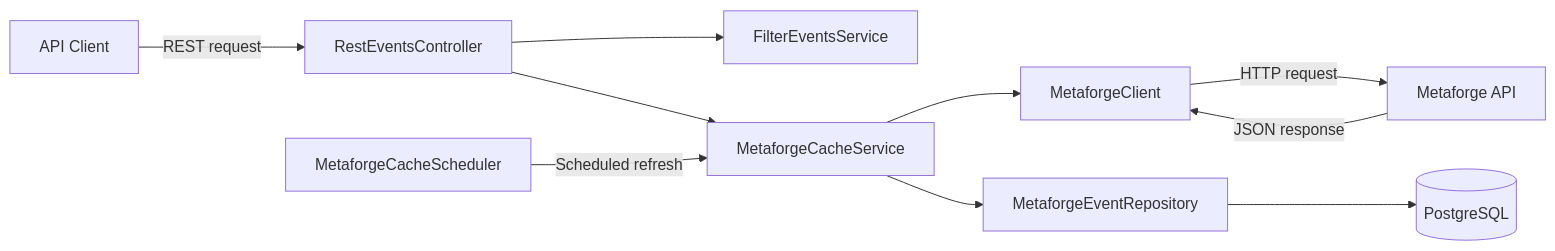
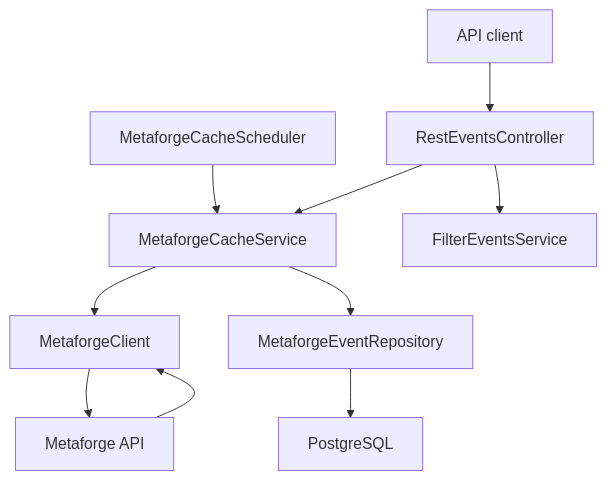
Before and after one commit to grasmueckoliver/arc-raiders-event-tracker: the diagram in README.md, drawn with Mermaid. The commit also changed other lines of this file, not shown here.

Commit message:
- trying another architecture display

````diff
--- a/README.md
+++ b/README.md
@@ -42,24 +42,12 @@
 ```mermaid
-flowchart LR
-    USER["API Client"]
-    CONTROLLER["RestEventsController"]
-    FILTER["FilterEventsService"]
-    SCHEDULER["MetaforgeCacheScheduler"]
-    CACHE["MetaforgeCacheService"]
-    CLIENT["MetaforgeClient"]
-    API["Metaforge API"]
-    REPOSITORY["MetaforgeEventRepository"]
-    DB[("PostgreSQL")]
-
-    USER -->|"REST request"| CONTROLLER
-    CONTROLLER --> CACHE
-    CONTROLLER --> FILTER
-
-    SCHEDULER -->|"Scheduled refresh"| CACHE
-    CACHE --> CLIENT
-    CLIENT -->|"HTTP request"| API
-    API -->|"JSON response"| CLIENT
-
-    CACHE --> REPOSITORY
-    REPOSITORY --> DB
+graph TD
+    Scheduler["MetaforgeCacheScheduler"] --> Cache["MetaforgeCacheService"]
+    Cache --> Client["MetaforgeClient"]
+    Client --> ExternalApi["Metaforge API"]
+    ExternalApi --> Client
+    Cache --> Repository["MetaforgeEventRepository"]
+    Repository --> Database["PostgreSQL"]
+    ApiClient["API client"] --> Controller["RestEventsController"]
+    Controller --> Cache
+    Controller --> Filter["FilterEventsService"]
 ```
````
